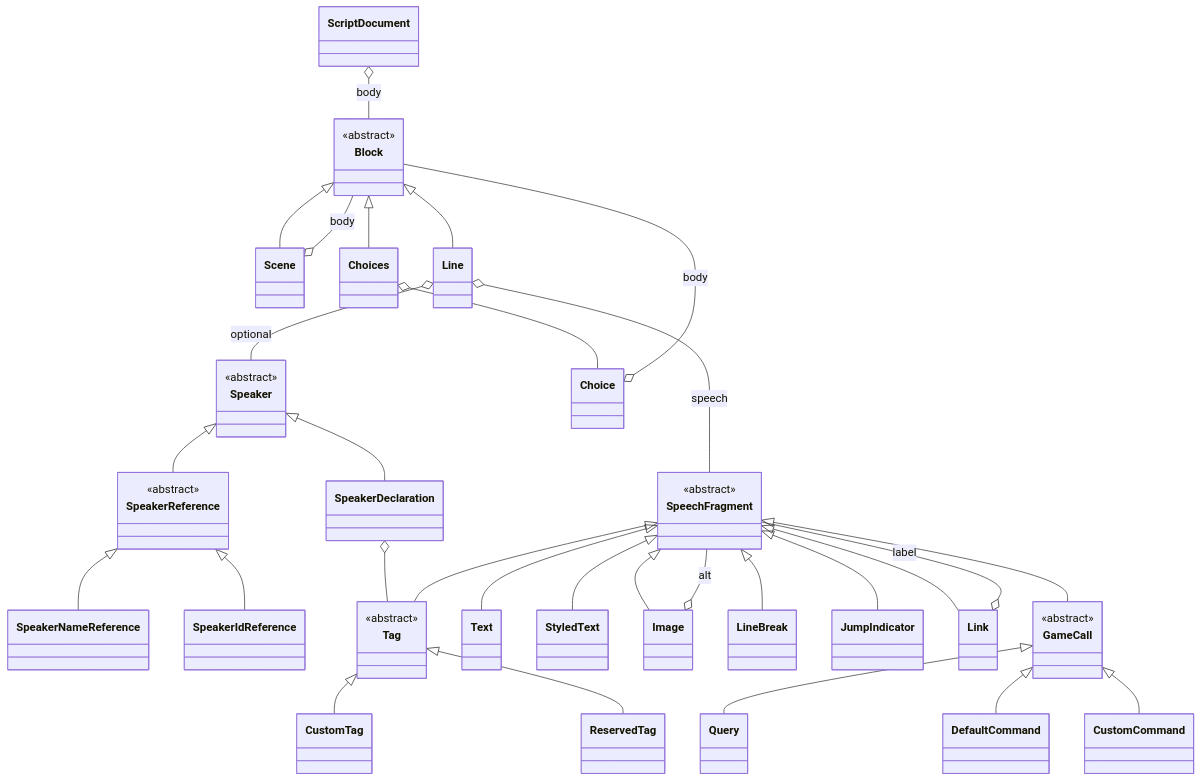
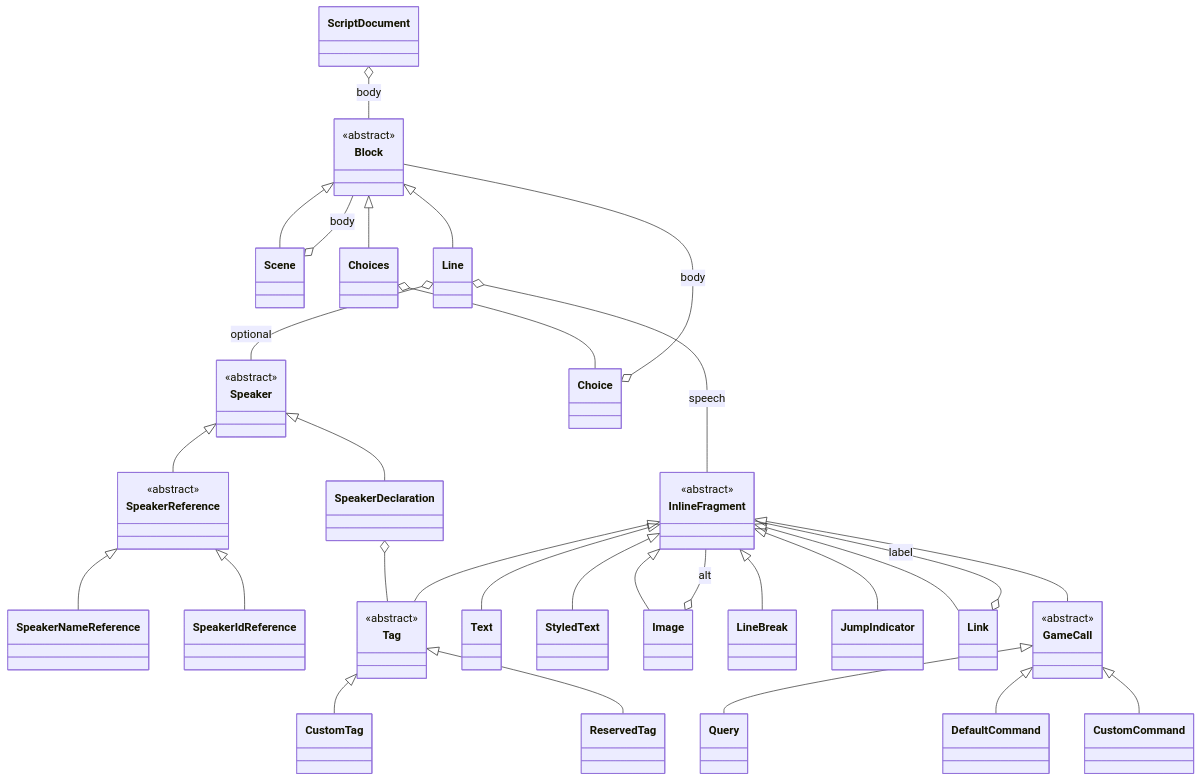
Before and after one commit to pengzhengyi/godot-dialoguedown: the second of 2 diagrams in docs/Implementation Notes/Markdown to Dialogue AST Transpiler.md, drawn with Mermaid. The commit also changed other lines of this file and 28 other files, not shown here.

First line of the commit message:
refactor(ast): rename SpeechFragment to InlineFragment

````diff
--- a/docs/Implementation Notes/Markdown to Dialogue AST Transpiler.md
+++ b/docs/Implementation Notes/Markdown to Dialogue AST Transpiler.md
@@ -207,71 +208,71 @@
 ```mermaid
 classDiagram
     class ScriptDocument
     class Block {
         <<abstract>>
     }
     class Scene
     class Line
     class Speaker {
         <<abstract>>
     }
     class SpeakerDeclaration
     class SpeakerReference {
         <<abstract>>
     }
     class SpeakerNameReference
     class SpeakerIdReference
     class Choices
     class Choice
     class Tag {
         <<abstract>>
     }
     class CustomTag
     class ReservedTag
 
-    class SpeechFragment {
+    class InlineFragment {
         <<abstract>>
     }
     class Text
     class StyledText
     class Image
     class LineBreak
     class JumpIndicator
     class Link
     class GameCall {
         <<abstract>>
     }
     class Query
     class DefaultCommand
     class CustomCommand
 
     ScriptDocument o-- Block : body
     Block <|-- Line
     Block <|-- Choices
     Block <|-- Scene
     Scene o-- Block : body
     Line o-- Speaker : optional
-    Line o-- SpeechFragment : speech
-    Image o-- SpeechFragment : alt
-    Link o-- SpeechFragment : label
+    Line o-- InlineFragment : speech
+    Image o-- InlineFragment : alt
+    Link o-- InlineFragment : label
     Choices o-- Choice
     Choice o-- Block : body
     SpeakerDeclaration o-- Tag
     Speaker <|-- SpeakerDeclaration
     Speaker <|-- SpeakerReference
     SpeakerReference <|-- SpeakerNameReference
     SpeakerReference <|-- SpeakerIdReference
-    SpeechFragment <|-- Text
-    SpeechFragment <|-- StyledText
-    SpeechFragment <|-- Image
-    SpeechFragment <|-- LineBreak
-    SpeechFragment <|-- JumpIndicator
-    SpeechFragment <|-- Link
-    SpeechFragment <|-- Tag
-    SpeechFragment <|-- GameCall
+    InlineFragment <|-- Text
+    InlineFragment <|-- StyledText
+    InlineFragment <|-- Image
+    InlineFragment <|-- LineBreak
+    InlineFragment <|-- JumpIndicator
+    InlineFragment <|-- Link
+    InlineFragment <|-- Tag
+    InlineFragment <|-- GameCall
     GameCall <|-- Query
     GameCall <|-- DefaultCommand
     GameCall <|-- CustomCommand
     Tag <|-- CustomTag
     Tag <|-- ReservedTag
 ```
````
